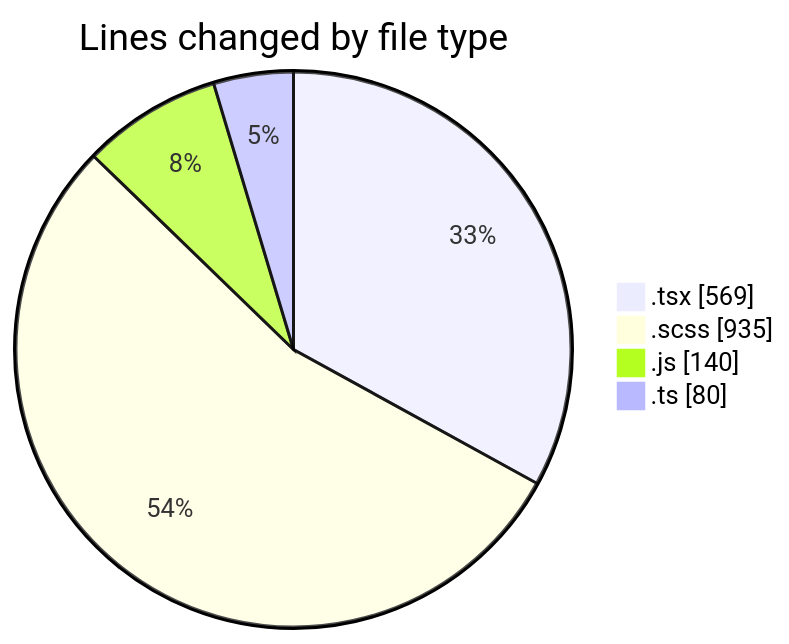
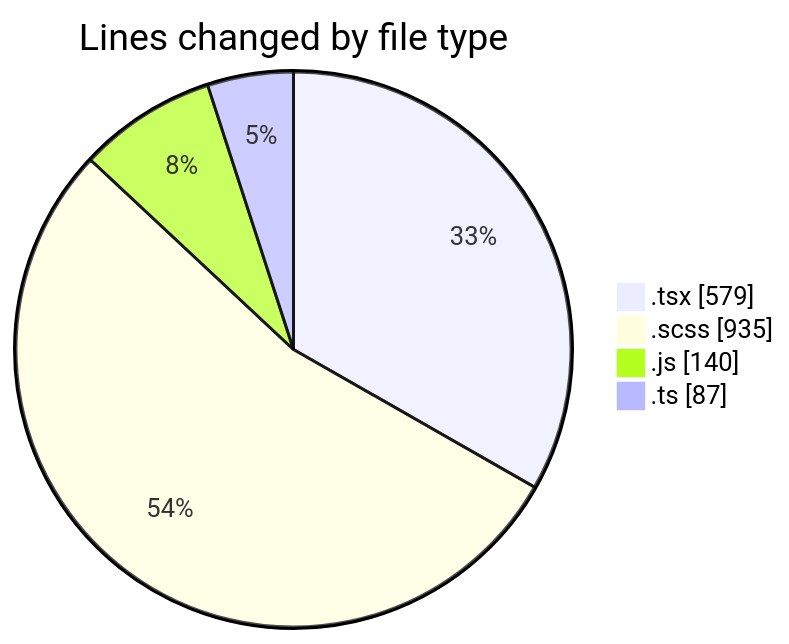
Before and after one commit to momahboobian/code-tracking: the first of 2 diagrams in 2026-03-25/cda/README.md, drawn with Mermaid. The commit also changed other lines of this file and 1 other file, not shown here.

````diff
--- a/2026-03-25/cda/README.md
+++ b/2026-03-25/cda/README.md
@@ -23,8 +23,8 @@
 ```mermaid
 pie showData
 title Lines changed by file type
-".tsx" : 569
+".tsx" : 579
 ".scss" : 935
 ".js" : 140
-".ts" : 80
+".ts" : 87
 ```
````
